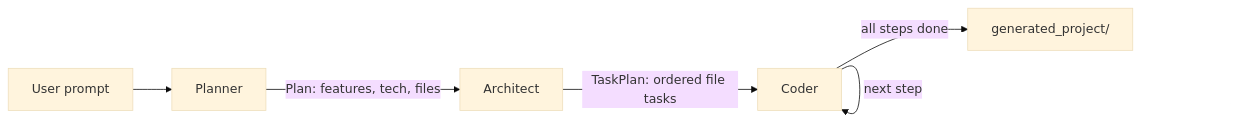
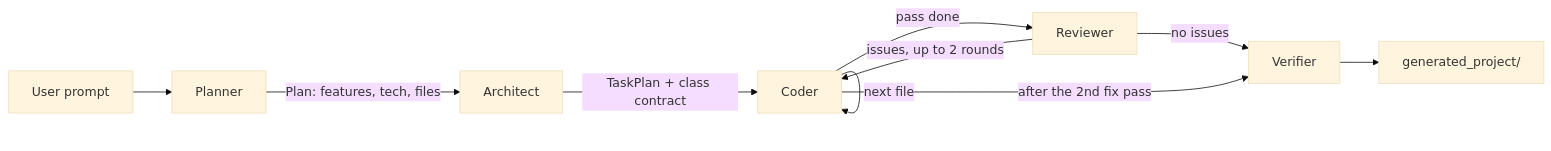
Before and after one commit to nakuluttarkar/coding_partner: the diagram in README.md, drawn with Mermaid (base theme). The commit also changed other lines of this file and 7 other files, not shown here.

````diff
--- a/README.md
+++ b/README.md
@@ -15,8 +15,12 @@
 ```mermaid
 graph LR
     A[User prompt] --> B[Planner]
     B -->|Plan: features, tech, files| C[Architect]
-    C -->|TaskPlan: ordered file tasks| D[Coder]
-    D -->|next step| D
-    D -->|all steps done| E[generated_project/]
+    C -->|TaskPlan + class contract| D[Coder]
+    D -->|next file| D
+    D -->|pass done| R[Reviewer]
+    R -->|issues, up to 2 rounds| D
+    R -->|no issues| V[Verifier]
+    D -->|after the 2nd fix pass| V
+    V --> E[generated_project/]
 ```
````
